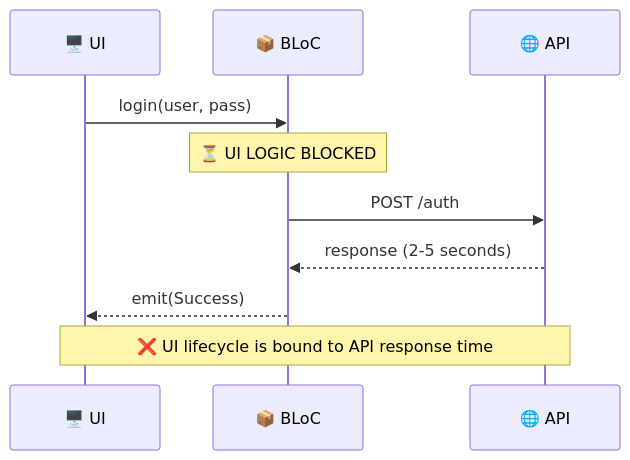
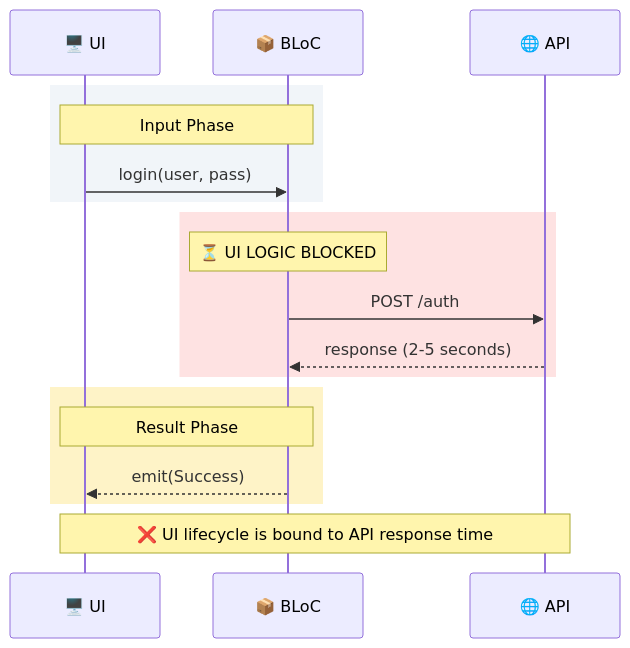
Before and after one commit to lploc94/flutter_orchestrator: the second of 6 diagrams in book/chapters/01_the_pain.md, drawn with Mermaid. The commit also changed other lines of this file and 3 other files, not shown here.

````diff
--- a/book/chapters/01_the_pain.md
+++ b/book/chapters/01_the_pain.md
@@ -49,14 +57,24 @@
 ```mermaid
 sequenceDiagram
     participant UI as 🖥️ UI
     participant BLoC as 📦 BLoC
     participant API as 🌐 API
     
-    UI->>BLoC: login(user, pass)
-    Note over BLoC: ⏳ UI LOGIC BLOCKED
-    BLoC->>API: POST /auth
-    API-->>BLoC: response (2-5 seconds)
-    BLoC-->>UI: emit(Success)
+    rect rgb(241, 245, 249)
+        Note over UI,BLoC: Input Phase
+        UI->>BLoC: login(user, pass)
+    end
+    
+    rect rgb(254, 226, 226)
+        Note over BLoC: ⏳ UI LOGIC BLOCKED
+        BLoC->>API: POST /auth
+        API-->>BLoC: response (2-5 seconds)
+    end
+    
+    rect rgb(254, 243, 199)
+        Note over BLoC,UI: Result Phase
+        BLoC-->>UI: emit(Success)
+    end
     
     Note over UI,API: ❌ UI lifecycle is bound to API response time
 ```
````
